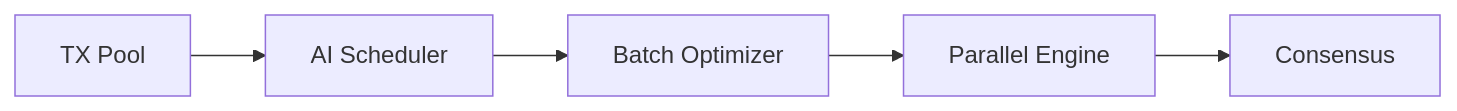
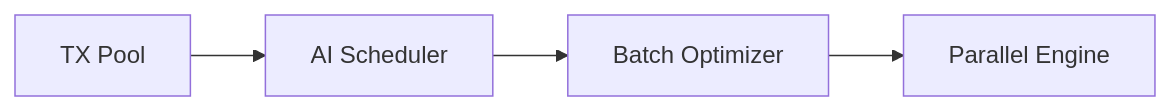
The third of 13 diagrams in WHITEPAPER.md (theaxiomverse/quids-evm-cpp), drawn with Mermaid before and after one commit. The commit also changed other lines of this file and 57 other files, not shown here.

````diff
--- a/WHITEPAPER.md
+++ b/WHITEPAPER.md
@@ -47,7 +62,6 @@
 ```mermaid
 graph LR
     A[TX Pool] --> B[AI Scheduler]
     B --> C[Batch Optimizer]
     C --> D[Parallel Engine]
-    D --> E[Consensus]
 ```
````
